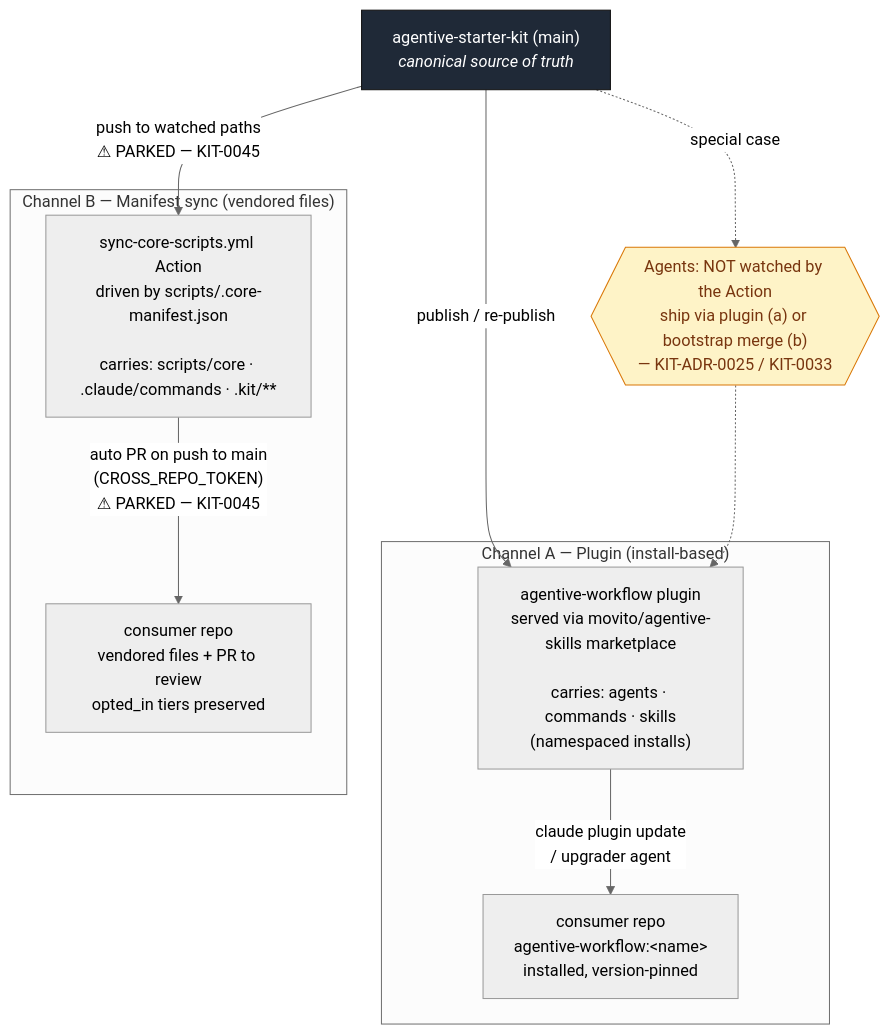
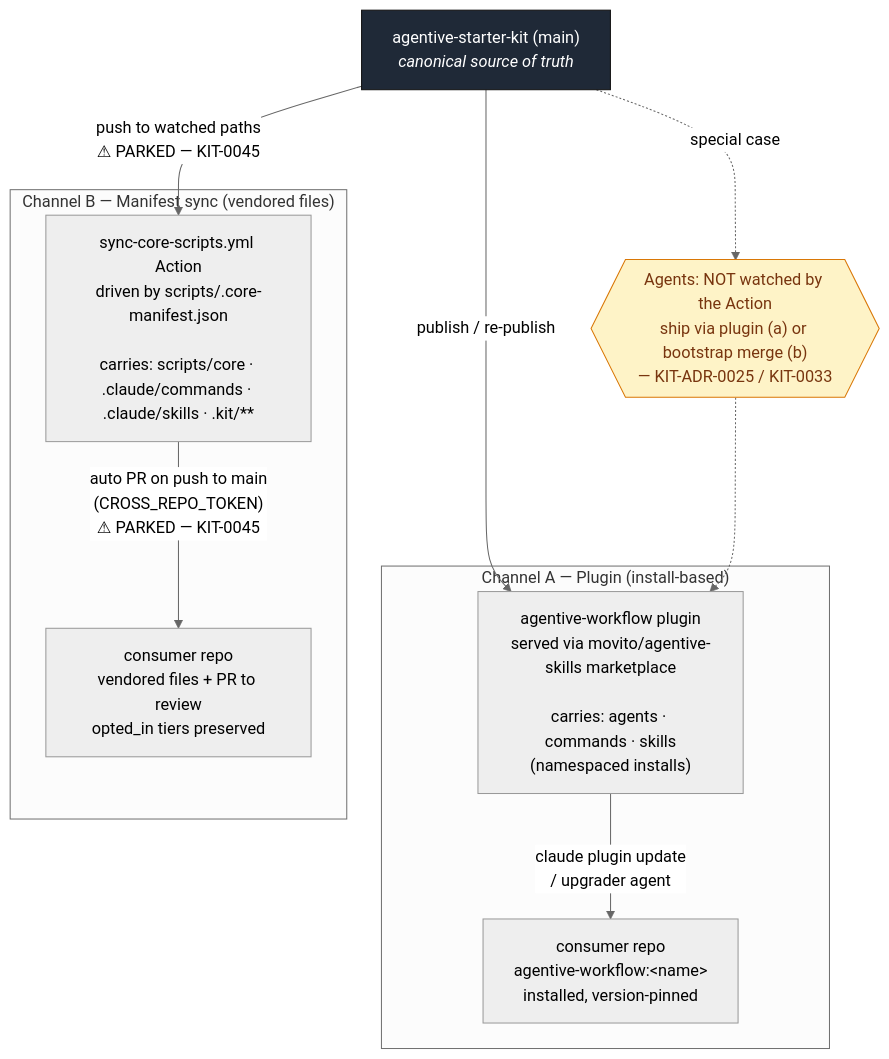
One commit to movito/agentive-starter-kit changed the diagram in docs/DISTRIBUTION-ARCHITECTURE.md. Above: the diagram before and after it, drawn with Mermaid (neutral theme). The commit also changed other lines of this file and 2 other files, not shown here.

First line of the commit message:
fix(KIT-0076): CodeRabbit round 1 — doc consistency + dangling-symlink guard

````diff
--- a/docs/DISTRIBUTION-ARCHITECTURE.md
+++ b/docs/DISTRIBUTION-ARCHITECTURE.md
@@ -57,28 +57,28 @@
 ```mermaid
 flowchart TD
     SRC["agentive-starter-kit (main)<br/><i>canonical source of truth</i>"]
 
     subgraph A["Channel A — Plugin (install-based)"]
         PLUGIN["agentive-workflow plugin<br/>served via movito/agentive-skills marketplace<br/><br/>carries: agents · commands · skills<br/>(namespaced installs)"]
         CONSA["consumer repo<br/>agentive-workflow:&lt;name&gt;<br/>installed, version-pinned"]
         PLUGIN -->|"claude plugin update<br/>/ upgrader agent"| CONSA
     end
 
     subgraph B["Channel B — Manifest sync (vendored files)"]
-        ACT["sync-core-scripts.yml Action<br/>driven by scripts/.core-manifest.json<br/><br/>carries: scripts/core · .claude/commands · .kit/**"]
+        ACT["sync-core-scripts.yml Action<br/>driven by scripts/.core-manifest.json<br/><br/>carries: scripts/core · .claude/commands · .claude/skills · .kit/**"]
         CONSB["consumer repo<br/>vendored files + PR to review<br/>opted_in tiers preserved"]
         ACT -->|"auto PR on push to main<br/>(CROSS_REPO_TOKEN)<br/>⚠ PARKED — KIT-0045"| CONSB
     end
 
     SRC -->|"publish / re-publish"| PLUGIN
     SRC -->|"push to watched paths<br/>⚠ PARKED — KIT-0045"| ACT
 
     AGENTS{{"Agents: NOT watched by the Action<br/>ship via plugin (a) or bootstrap merge (b)<br/>— KIT-ADR-0025 / KIT-0033"}}
     SRC -.->|"special case"| AGENTS
     AGENTS -.-> PLUGIN
 
     classDef src fill:#1f2937,color:#fff,stroke:#111;
     classDef note fill:#fef3c7,color:#78350f,stroke:#d97706;
     class SRC src;
     class AGENTS note;
 ```
````
